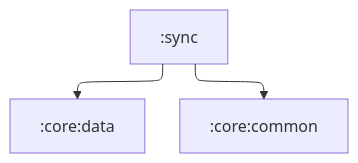
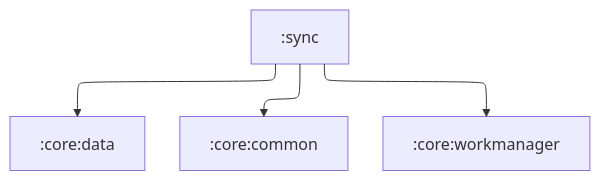
One commit to IliaVoskoboinikov/Finance-Manager changed the diagram in sync/README.md. Above: the diagram before and after it, drawn with Mermaid. The commit also changed 39 other files, not shown here.

````diff
--- a/sync/README.md
+++ b/sync/README.md
@@ -11,13 +11,14 @@
 ```mermaid
 ---
 config:
   layout: elk
   elk:
     nodePlacementStrategy: SIMPLE
 ---
 graph TB
     :sync --> :core:data
     :sync --> :core:common
+    :sync --> :core:workmanager
 
     classDef android-library fill:#9BF6FF,stroke:#000,stroke-width:2px,color:#000;
 ```
````
